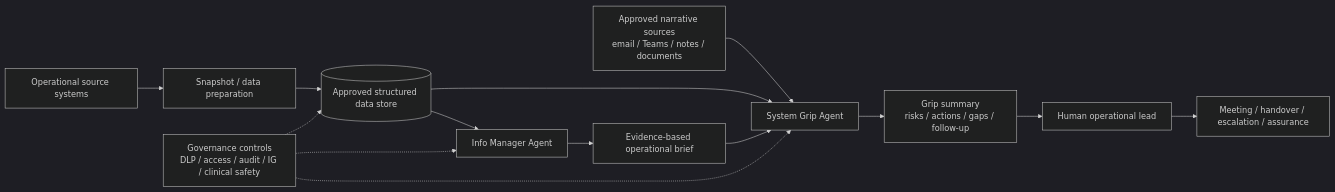
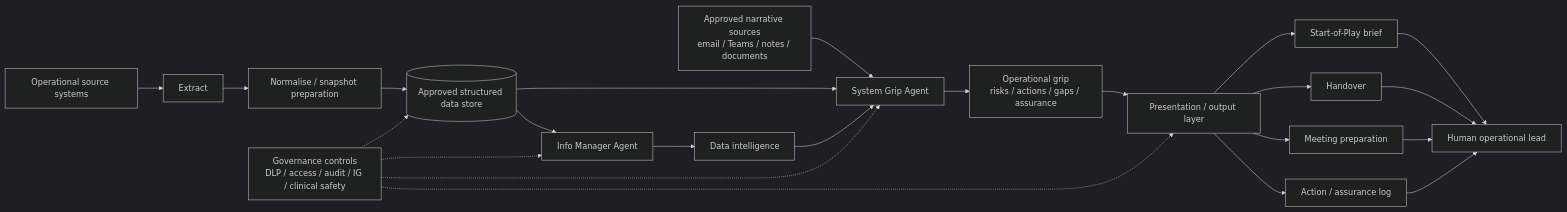
The diagram in README.md (Josh-Harvey94/nhs-operational-intelligence-framework), drawn with Mermaid (dark theme) before and after one commit. The commit also changed other lines of this file and 26 other files, not shown here.

First line of the commit message:
Expand SQL, timestamp and Start-of-Play framework

````diff
--- a/README.md
+++ b/README.md
@@ -34,19 +86,30 @@
 ```mermaid
 flowchart LR
-    A[Operational source systems] --> B[Snapshot / data preparation]
-    B --> C[(Approved structured data store)]
-    C --> D[Info Manager Agent]
-    D --> E[Evidence-based operational brief]
+    A[Operational source systems] --> B[Extract]
+    B --> C[Normalise / snapshot preparation]
+    C --> D[(Approved structured data store)]
 
-    F[Approved narrative sources<br/>email / Teams / notes / documents] --> G[System Grip Agent]
-    C --> G
-    E --> G
-    G --> H[Grip summary<br/>risks / actions / gaps / follow-up]
+    D --> E[Info Manager Agent]
+    E --> F[Data intelligence]
 
-    H --> I[Human operational lead]
-    I --> J[Meeting / handover / escalation / assurance]
+    G[Approved narrative sources<br/>email / Teams / notes / documents] --> H[System Grip Agent]
+    D --> H
+    F --> H
+    H --> I[Operational grip<br/>risks / actions / gaps / assurance]
 
-    K[Governance controls<br/>DLP / access / audit / IG / clinical safety] -.-> C
-    K -.-> D
-    K -.-> G
+    I --> J[Presentation / output layer]
+    J --> K[Start-of-Play brief]
+    J --> L[Handover]
+    J --> M[Meeting preparation]
+    J --> N[Action / assurance log]
+
+    K --> O[Human operational lead]
+    L --> O
+    M --> O
+    N --> O
+
+    P[Governance controls<br/>DLP / access / audit / IG / clinical safety] -.-> D
+    P -.-> E
+    P -.-> H
+    P -.-> J
 ```
````
